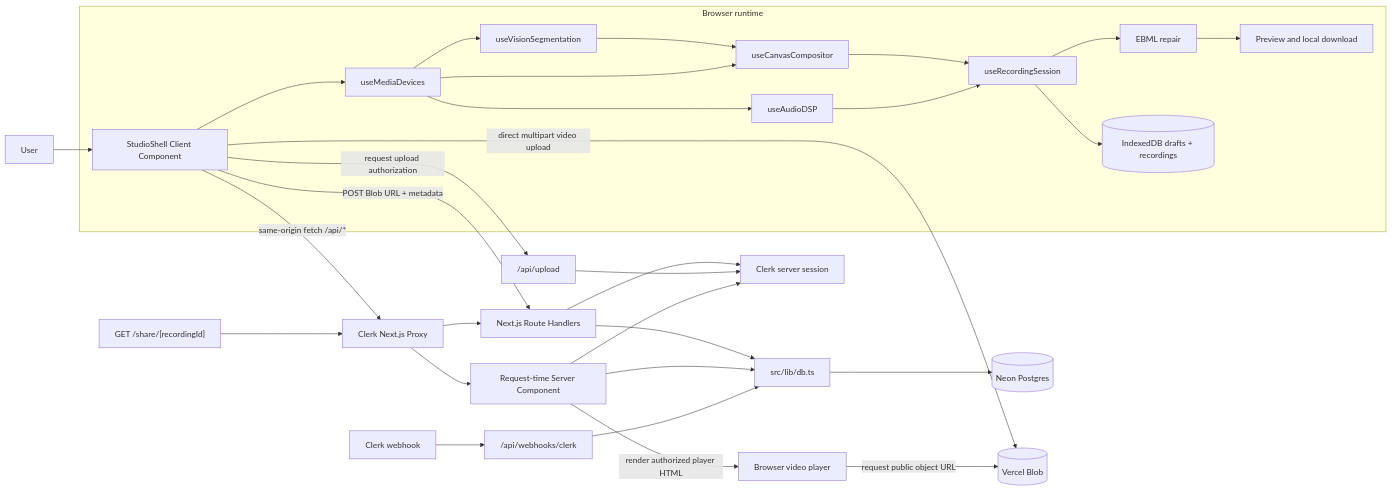
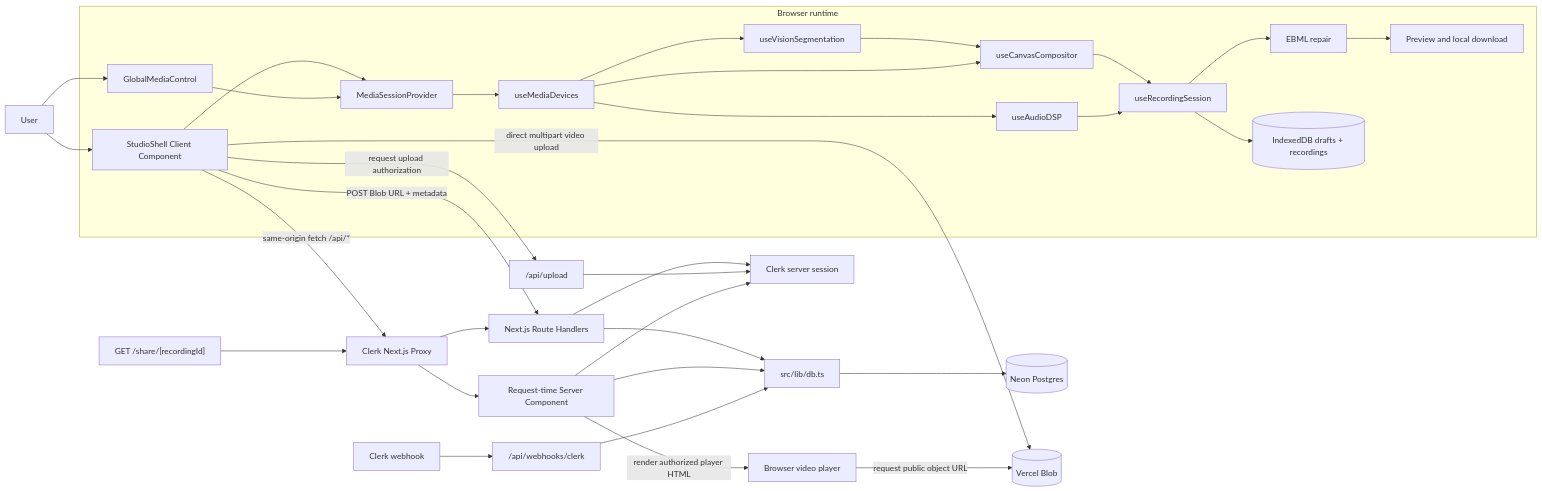
The first of 4 diagrams in docs/system_architecture.md (caoquanghung/recordweb), drawn with Mermaid before and after one commit. The commit also changed other lines of this file and 6 other files, not shown here.

````diff
--- a/docs/system_architecture.md
+++ b/docs/system_architecture.md
@@ -13,38 +13,41 @@
 ```mermaid
 flowchart LR
     User["User"] --> Studio["StudioShell Client Component"]
+    User --> GlobalControl["GlobalMediaControl"]
 
     subgraph Browser["Browser runtime"]
-        Studio --> Devices["useMediaDevices"]
+        Provider["MediaSessionProvider"] --> Devices["useMediaDevices"]
+        Studio --> Provider
+        GlobalControl --> Provider
         Devices --> Vision["useVisionSegmentation"]
         Devices --> Audio["useAudioDSP"]
         Vision --> Canvas["useCanvasCompositor"]
         Devices --> Canvas
         Canvas --> Recorder["useRecordingSession"]
         Audio --> Recorder
         Recorder --> Repair["EBML repair"]
         Recorder --> IDB[("IndexedDB drafts + recordings")]
         Repair --> Review["Preview and local download"]
     end
 
     Studio -->|"same-origin fetch /api/*"| Proxy["Clerk Next.js Proxy"]
     Proxy --> Routes["Next.js Route Handlers"]
     Routes --> Auth["Clerk server session"]
     Routes --> DbClient["src/lib/db.ts"]
     DbClient --> Neon[("Neon Postgres")]
 
     Studio -->|"request upload authorization"| UploadRoute["/api/upload"]
     UploadRoute --> Auth
     Studio -->|"direct multipart video upload"| Blob[("Vercel Blob")]
     Studio -->|"POST Blob URL + metadata"| Routes
 
     ShareRequest["GET /share/[recordingId]"] --> Proxy
     Proxy --> SharePage["Request-time Server Component"]
     SharePage --> Auth
     SharePage --> DbClient
     SharePage -->|"render authorized player HTML"| SharePlayer["Browser video player"]
     SharePlayer -->|"request public object URL"| Blob
 
     Clerk["Clerk webhook"] --> Webhook["/api/webhooks/clerk"]
     Webhook --> DbClient
 ```
````
